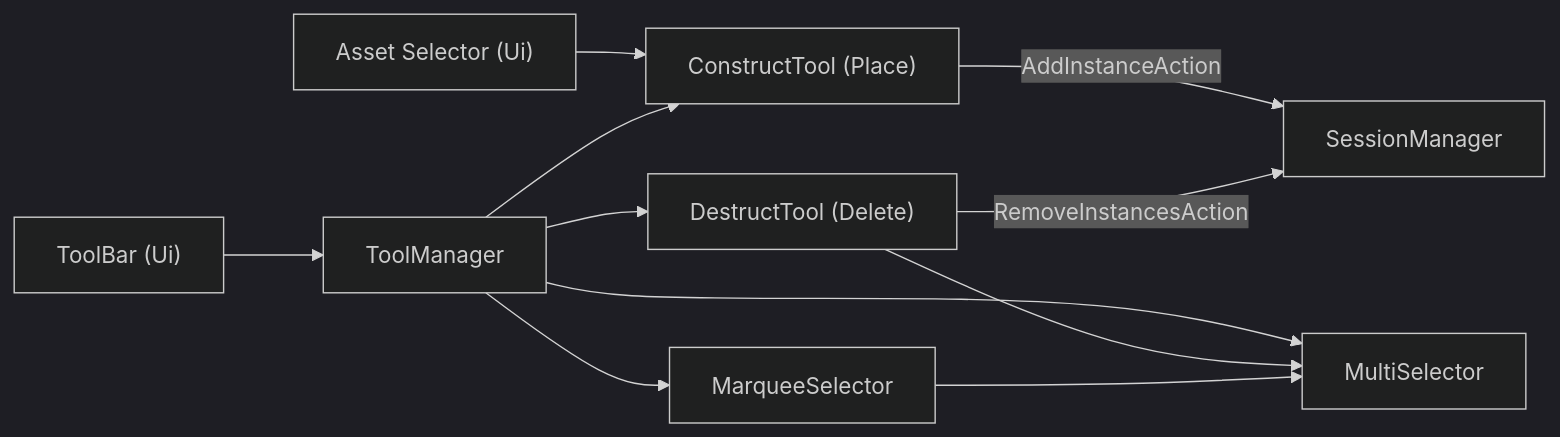
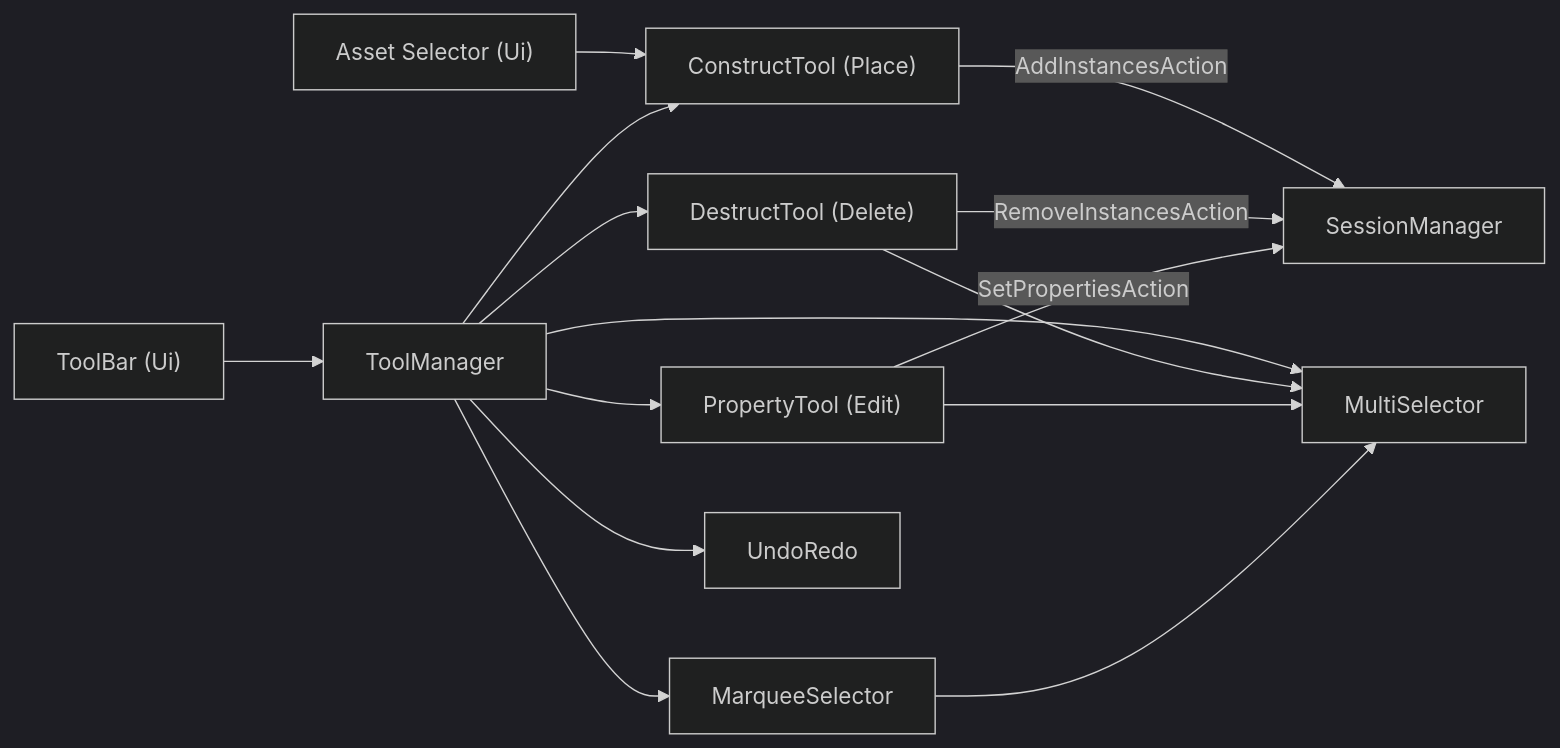
Before and after one commit to SubParSuperCar/Ensemble: the eighth of 8 diagrams in .github/TECHNICAL.md, drawn with Mermaid (dark theme). The commit also changed other lines of this file and 11 other files, not shown here.

First line of the commit message:
Rename EditTool to PropertyTool, box-select with Ctrl, and fold in AddInstanceAction

````diff
--- a/.github/TECHNICAL.md
+++ b/.github/TECHNICAL.md
@@ -427,13 +426,17 @@
 ```mermaid
 graph LR
     ToolBar["ToolBar (Ui)"] --> ToolManager
     AssetSelector["Asset Selector (Ui)"] --> Construct
     ToolManager --> Construct["ConstructTool (Place)"]
     ToolManager --> Destruct["DestructTool (Delete)"]
+    ToolManager --> Property["PropertyTool (Edit)"]
     ToolManager --> Selector["MultiSelector"]
     ToolManager --> Marquee["MarqueeSelector"]
+    ToolManager --> History["UndoRedo"]
     Destruct --> Selector
+    Property --> Selector
     Marquee --> Selector
-    Construct -->|"AddInstanceAction"| Net["SessionManager"]
+    Construct -->|"AddInstancesAction"| Net["SessionManager"]
     Destruct -->|"RemoveInstancesAction"| Net
+    Property -->|"SetPropertiesAction"| Net
 ```
````
